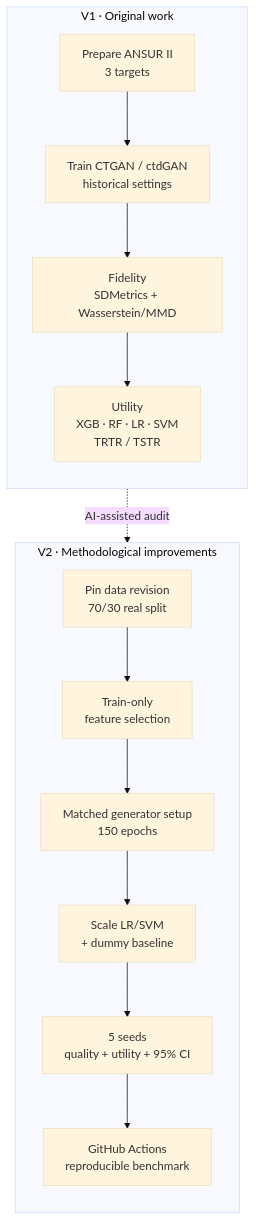
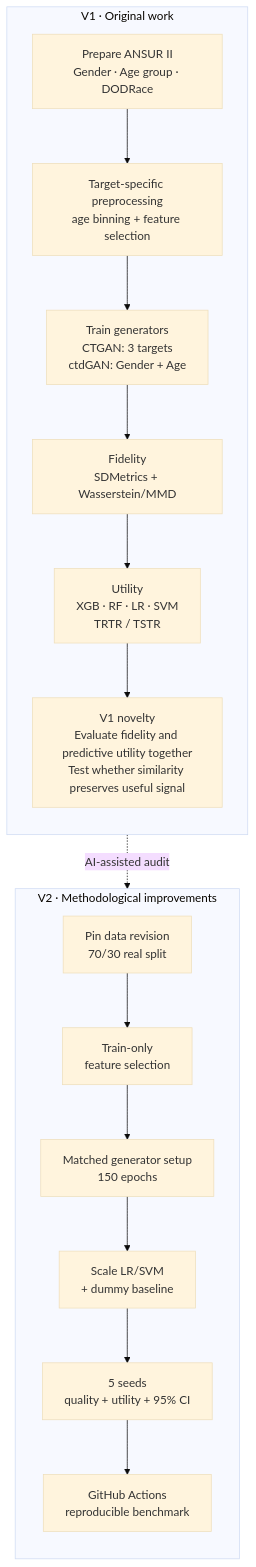
The diagram in README.md (trungnb/ANSUR-II-CTGAN-Benchmark), drawn with Mermaid (base theme) before and after one commit. The commit also changed other lines of this file, not shown here.

Commit message:
Clarify V1 workflow and project novelty
Show the original V1 workflow step-by-step and state its project-level methodological novelty without making a literature-first claim.

````diff
--- a/README.md
+++ b/README.md
@@ -5,24 +5,26 @@
 ```mermaid
 flowchart TB
   subgraph V1["V1 · Original work"]
     direction TB
-    A1["Prepare ANSUR II<br/>3 targets"]
-    A2["Train CTGAN / ctdGAN<br/>historical settings"]
-    A3["Fidelity<br/>SDMetrics + Wasserstein/MMD"]
-    A4["Utility<br/>XGB · RF · LR · SVM<br/>TRTR / TSTR"]
-    A1 --> A2 --> A3 --> A4
+    A1["Prepare ANSUR II<br/>Gender · Age group · DODRace"]
+    A2["Target-specific preprocessing<br/>age binning + feature selection"]
+    A3["Train generators<br/>CTGAN: 3 targets<br/>ctdGAN: Gender + Age"]
+    A4["Fidelity<br/>SDMetrics + Wasserstein/MMD"]
+    A5["Utility<br/>XGB · RF · LR · SVM<br/>TRTR / TSTR"]
+    A6["V1 novelty<br/>Evaluate fidelity and predictive utility together<br/>Test whether similarity preserves useful signal"]
+    A1 --> A2 --> A3 --> A4 --> A5 --> A6
   end
 
-  A4 -. "AI-assisted audit" .-> B1
+  A6 -. "AI-assisted audit" .-> B1
 
   subgraph V2["V2 · Methodological improvements"]
     direction TB
     B1["Pin data revision<br/>70/30 real split"]
     B2["Train-only<br/>feature selection"]
     B3["Matched generator setup<br/>150 epochs"]
     B4["Scale LR/SVM<br/>+ dummy baseline"]
     B5["5 seeds<br/>quality + utility + 95% CI"]
     B6["GitHub Actions<br/>reproducible benchmark"]
     B1 --> B2 --> B3 --> B4 --> B5 --> B6
   end
 ```
````
